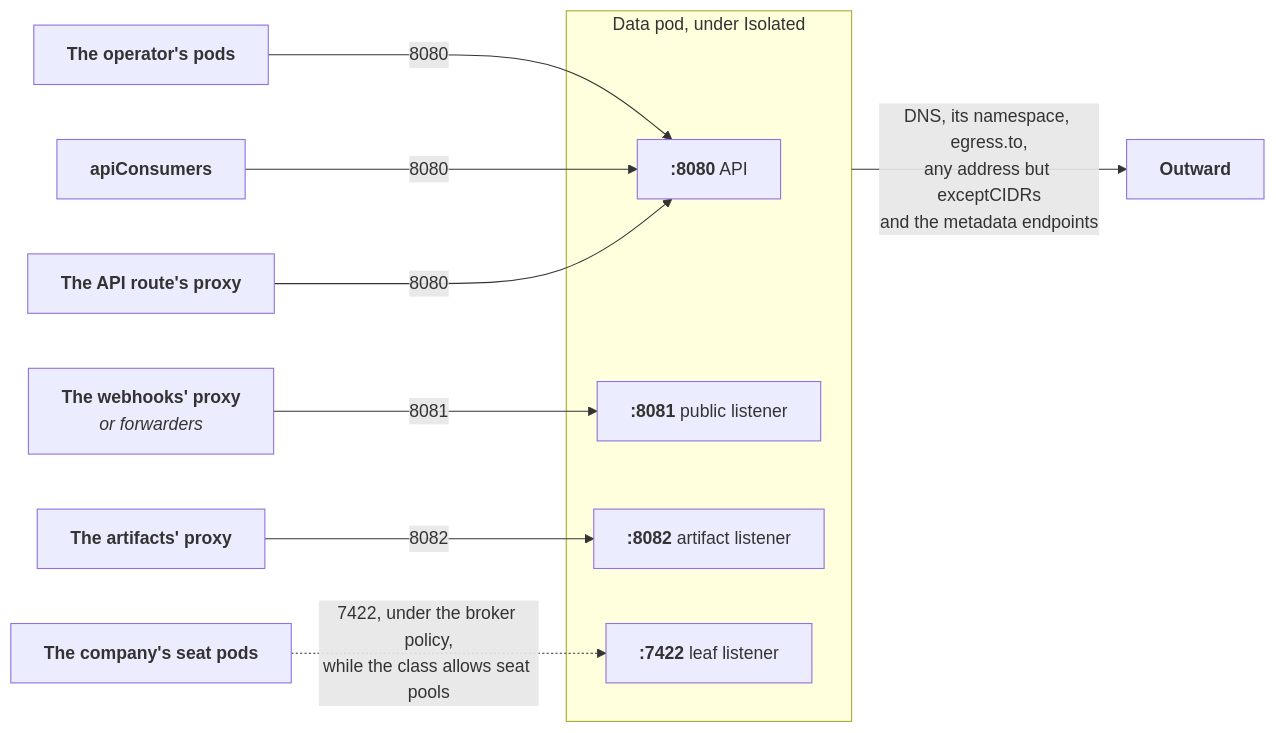
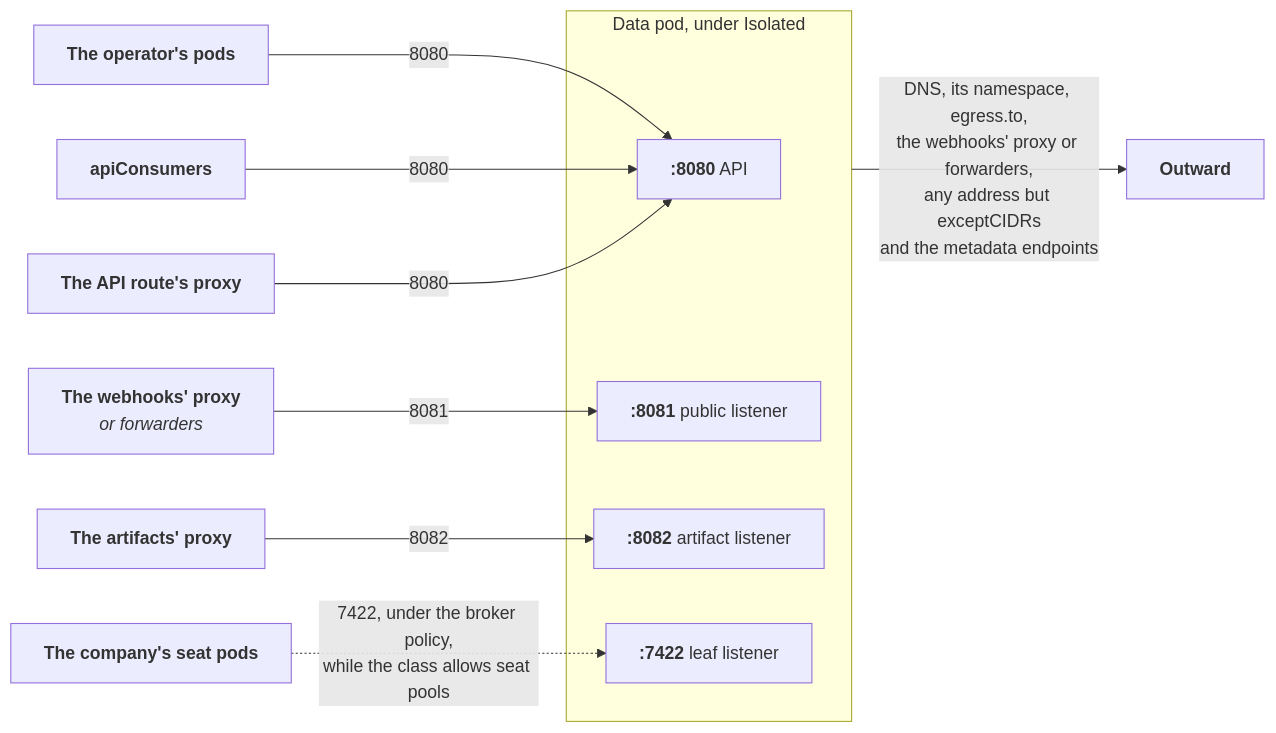
The second of 2 diagrams in docs/guides/exposure.md (crewlet/crewlet-operator), drawn with Mermaid before and after one commit. The commit also changed other lines of this file and 11 other files, not shown here.

````diff
--- a/docs/guides/exposure.md
+++ b/docs/guides/exposure.md
@@ -526,16 +526,16 @@
 ```mermaid
 flowchart LR
     OP["<b>The operator's pods</b>"] -->|8080| A
     AC["<b>apiConsumers</b>"] -->|8080| A
     AR["<b>The API route's proxy</b>"] -->|8080| A
     WR["<b>The webhooks' proxy</b><br/><i>or forwarders</i>"] -->|8081| P
     XR["<b>The artifacts' proxy</b>"] -->|8082| X
     SP["<b>The company's seat pods</b>"] -.->|"7422, under the broker policy,<br/>while the class allows seat pools"| L
     subgraph pod["Data pod, under Isolated"]
         A["<b>:8080</b> API"]
         P["<b>:8081</b> public listener"]
         X["<b>:8082</b> artifact listener"]
         L["<b>:7422</b> leaf listener"]
     end
-    pod -->|"DNS, its namespace, egress.to,<br/>any address but exceptCIDRs<br/>and the metadata endpoints"| OUT["<b>Outward</b>"]
+    pod -->|"DNS, its namespace, egress.to,<br/>the webhooks' proxy or forwarders,<br/>any address but exceptCIDRs<br/>and the metadata endpoints"| OUT["<b>Outward</b>"]
 ```
````
